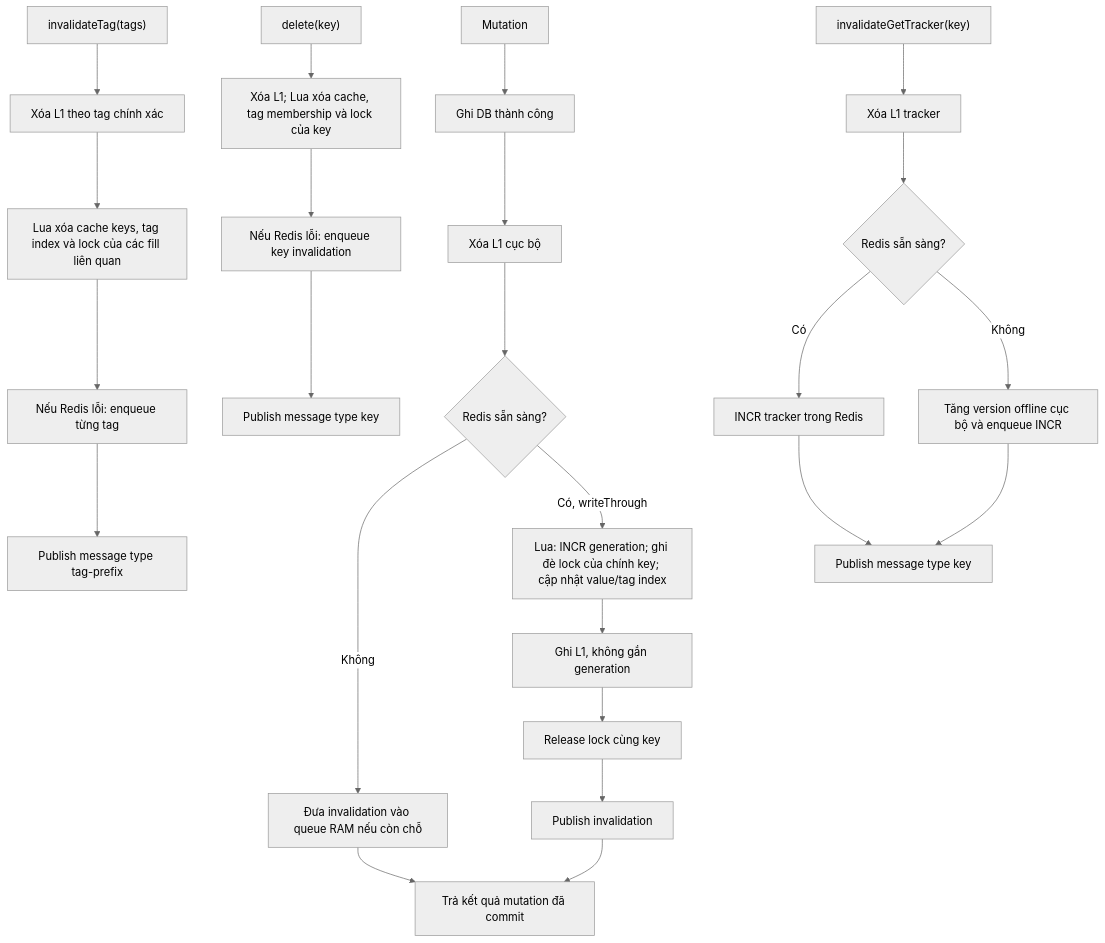
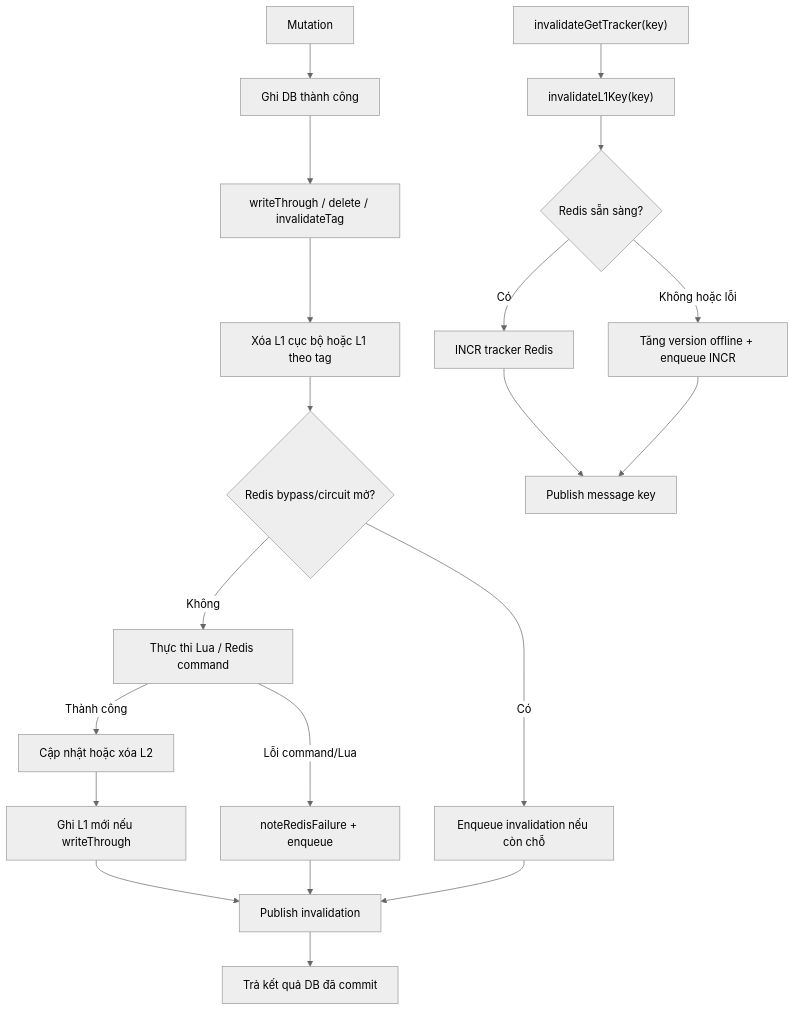
Before and after one commit to Tuandao2605/web-tieng-anh: the second of 2 diagrams in KIEN_TRUC_CACHE_SERVICE.md, drawn with Mermaid (neutral theme). The commit also changed other lines of this file, not shown here.

Commit message:
feat(cache): update CacheService architecture documentation and enhance flow descriptions

````diff
--- a/KIEN_TRUC_CACHE_SERVICE.md
+++ b/KIEN_TRUC_CACHE_SERVICE.md
@@ -59,29 +100,24 @@
 ```mermaid
 flowchart TD
     A["Mutation"] --> B["Ghi DB thành công"]
-    B --> C["Xóa L1 cục bộ"]
-    C --> D{"Redis sẵn sàng?"}
-    D -- "Không" --> E["Đưa invalidation vào queue RAM nếu còn chỗ"]
-    D -- "Có, writeThrough" --> F["Lua: INCR generation; ghi đè lock của chính key; cập nhật value/tag index"]
-    F --> G["Ghi L1, không gắn generation"]
-    G --> H["Release lock cùng key"]
-    E --> I["Trả kết quả mutation đã commit"]
-    H --> J["Publish invalidation"]
-    J --> I
+    B --> C["writeThrough / delete / invalidateTag"]
 
-    K["delete(key)"] --> L["Xóa L1; Lua xóa cache, tag membership và lock của key"]
-    L --> M["Nếu Redis lỗi: enqueue key invalidation"]
-    M --> N["Publish message type key"]
+    C --> D["Xóa L1 cục bộ hoặc L1 theo tag"]
+    D --> E{"Redis bypass/circuit mở?"}
+    E -- "Có" --> Q["Enqueue invalidation nếu còn chỗ"]
+    E -- "Không" --> F["Thực thi Lua / Redis command"]
+    F -- "Thành công" --> G["Cập nhật hoặc xóa L2"]
+    F -- "Lỗi command/Lua" --> H["noteRedisFailure + enqueue"]
+    G --> I["Ghi L1 mới nếu writeThrough"]
+    I --> J["Publish invalidation"]
+    H --> J
+    Q --> J
+    J --> K["Trả kết quả DB đã commit"]
 
-    O["invalidateTag(tags)"] --> P["Xóa L1 theo tag chính xác"]
-    P --> Q["Lua xóa cache keys, tag index và lock của các fill liên quan"]
-    Q --> R["Nếu Redis lỗi: enqueue từng tag"]
-    R --> S["Publish message type tag-prefix"]
-
-    T["invalidateGetTracker(key)"] --> U["Xóa L1 tracker"]
+    T["invalidateGetTracker(key)"] --> U["invalidateL1Key(key)"]
     U --> V{"Redis sẵn sàng?"}
-    V -- "Có" --> W["INCR tracker trong Redis"]
-    V -- "Không" --> X["Tăng version offline cục bộ và enqueue INCR"]
-    W --> Y["Publish message type key"]
+    V -- "Có" --> W["INCR tracker Redis"]
+    V -- "Không hoặc lỗi" --> X["Tăng version offline + enqueue INCR"]
+    W --> Y["Publish message key"]
     X --> Y
 ```
````
